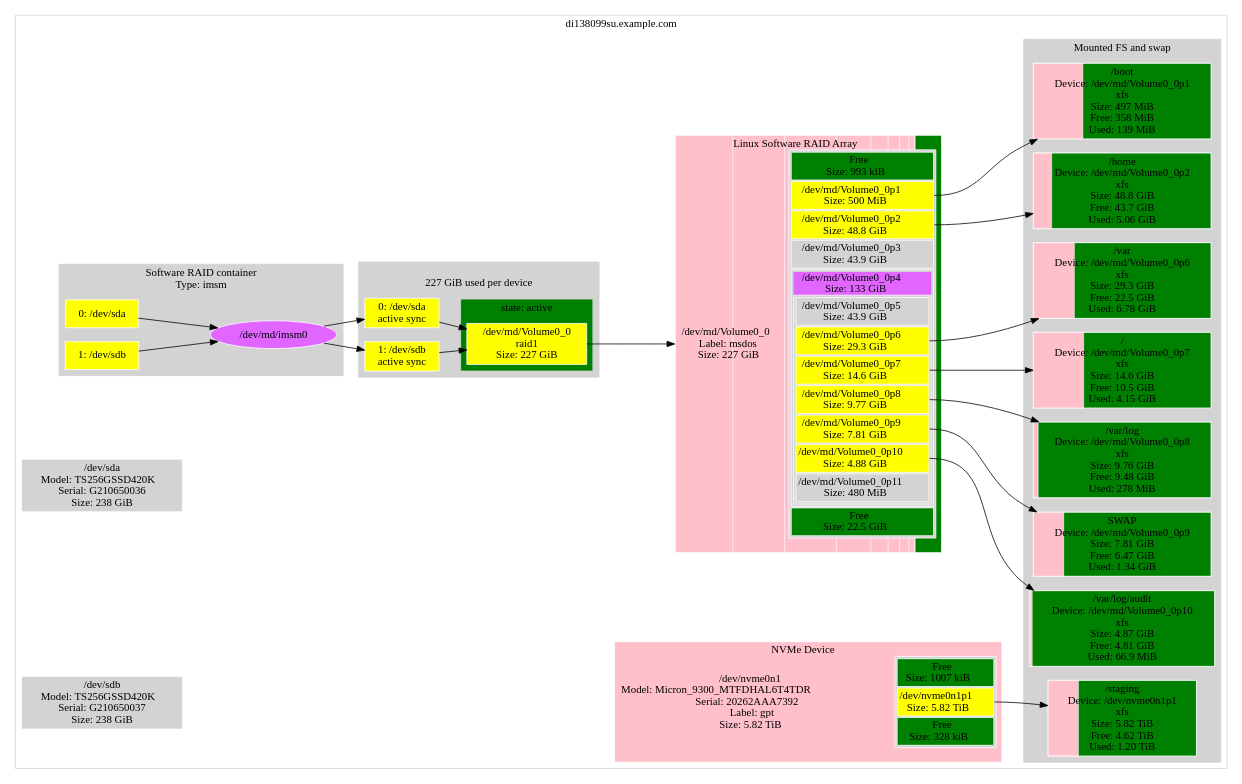
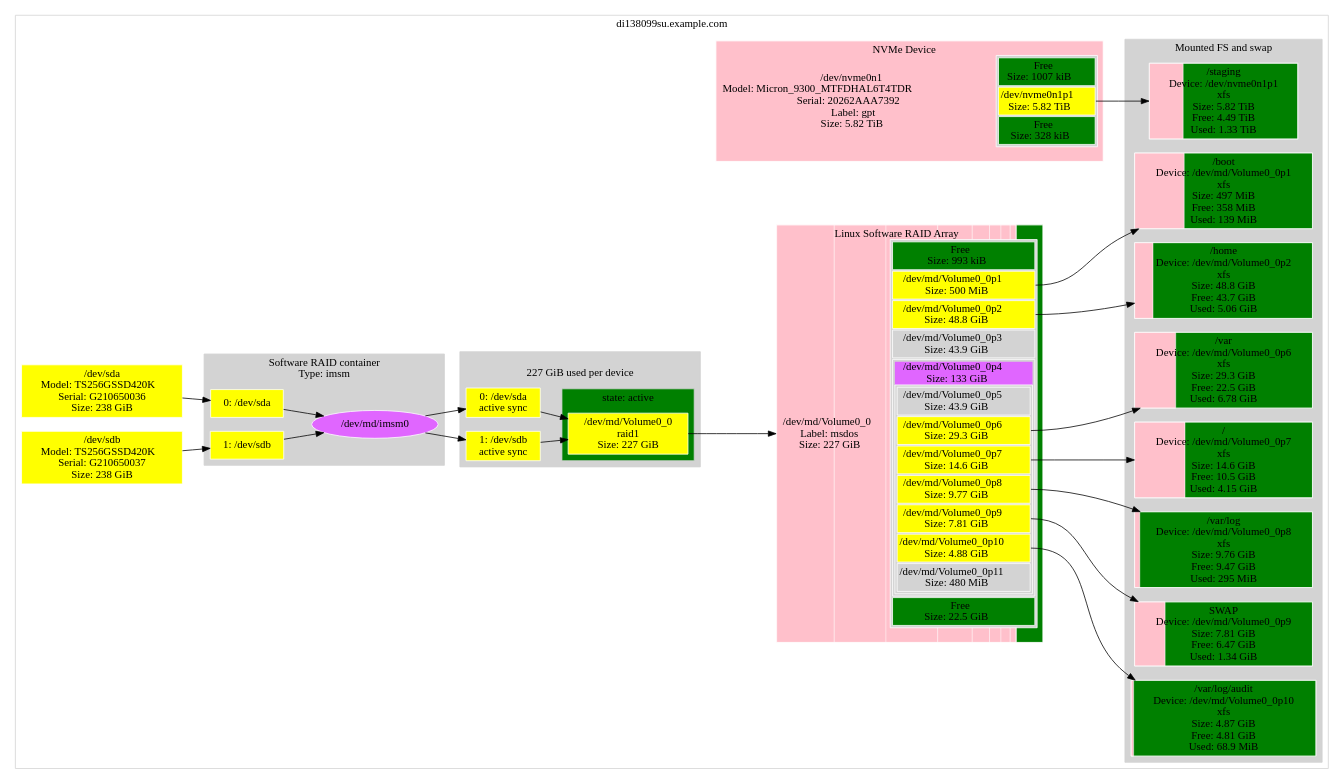
The diagram in distros/S/StorageDisplay/data/di138099su.ref.dot (metacpan/metacpan-cpan-extracted), drawn with Graphviz before and after one commit. The commit also changed 445 other files, not shown here.

```diff
--- a/distros/S/StorageDisplay/data/di138099su.ref.dot
+++ b/distros/S/StorageDisplay/data/di138099su.ref.dot
@@ -175,8 +175,8 @@
 					style=striped;fillcolor="pink;0.279154.2:green"
 				]; }
 				{ "machine@di138099su.example.com|FS|::FS@/var/log/audit" [
-					label="/var/log/audit\nDevice: /dev/md/Volume0_0p10\nxfs\nSize: 4.87 GiB\nFree: 4.81 GiB\nUsed: 66.9 MiB";
-					style=striped;fillcolor="pink;0.013411.2:green"
+					label="/var/log/audit\nDevice: /dev/md/Volume0_0p10\nxfs\nSize: 4.87 GiB\nFree: 4.81 GiB\nUsed: 68.9 MiB";
+					style=striped;fillcolor="pink;0.013799.2:green"
 				]; }
 				{ "machine@di138099su.example.com|FS|::FS@/home" [
 					label="/home\nDevice: /dev/md/Volume0_0p2\nxfs\nSize: 48.8 GiB\nFree: 43.7 GiB\nUsed: 5.06 GiB";
@@ -184,23 +184,23 @@
 				]; }
 				{ "machine@di138099su.example.com|FS|::FS@/var" [
 					label="/var\nDevice: /dev/md/Volume0_0p6\nxfs\nSize: 29.3 GiB\nFree: 22.5 GiB\nUsed: 6.78 GiB";
-					style=striped;fillcolor="pink;0.231451.2:green"
+					style=striped;fillcolor="pink;0.231463.2:green"
 				]; }
 				{ "machine@di138099su.example.com|FS|::FS@/" [
 					label="/\nDevice: /dev/md/Volume0_0p7\nxfs\nSize: 14.6 GiB\nFree: 10.5 GiB\nUsed: 4.15 GiB";
-					style=striped;fillcolor="pink;0.283654.2:green"
+					style=striped;fillcolor="pink;0.283629.2:green"
 				]; }
 				{ "machine@di138099su.example.com|FS|::FS@/var/log" [
-					label="/var/log\nDevice: /dev/md/Volume0_0p8\nxfs\nSize: 9.76 GiB\nFree: 9.48 GiB\nUsed: 278 MiB";
-					style=striped;fillcolor="pink;0.027839.2:green"
+					label="/var/log\nDevice: /dev/md/Volume0_0p8\nxfs\nSize: 9.76 GiB\nFree: 9.47 GiB\nUsed: 295 MiB";
+					style=striped;fillcolor="pink;0.029572.2:green"
 				]; }
 				{ "machine@di138099su.example.com|FS|::FS@/staging" [
-					label="/staging\nDevice: /dev/nvme0n1p1\nxfs\nSize: 5.82 TiB\nFree: 4.62 TiB\nUsed: 1.20 TiB";
-					style=striped;fillcolor="pink;0.205437.2:green"
+					label="/staging\nDevice: /dev/nvme0n1p1\nxfs\nSize: 5.82 TiB\nFree: 4.49 TiB\nUsed: 1.33 TiB";
+					style=striped;fillcolor="pink;0.228509.2:green"
 				]; }
 				{ "machine@di138099su.example.com|FS|::SWAP::Partition@md126p9" [
 					label="SWAP\nDevice: /dev/md/Volume0_0p9\nSize: 7.81 GiB\nFree: 6.47 GiB\nUsed: 1.34 GiB";
-					style=striped;fillcolor="pink;0.171563.2:green"
+					style=striped;fillcolor="pink;0.171781.2:green"
 				]; }
 				label="Mounted FS and swap";
 			}
@@ -213,13 +213,13 @@
 			}
 			{ "machine@di138099su.example.com|Partition::None@sda" [
 				label="/dev/sda\nModel: TS256GSSD420K   \nSerial: G210650036\nSize: 238 GiB";
-				fillcolor="lightgrey"
+				fillcolor="yellow"
 				style=filled
 				shape=rectangle
 			]; }
 			{ "machine@di138099su.example.com|Partition::None@sdb" [
 				label="/dev/sdb\nModel: TS256GSSD420K   \nSerial: G210650037\nSize: 238 GiB";
-				fillcolor="lightgrey"
+				fillcolor="yellow"
 				style=filled
 				shape=rectangle
 			]; }
@@ -264,9 +264,11 @@
 			// Links for MD: /dev/md/imsm0
 			// Links for RAID::ContainerDevice@md127
 			// Links for RAID::Device@sda
-			// TARGET LINK: di138099su.example.com 256060514304 sda "machine@di138099su.example.com|RAID::MD::Container@md127|RAID::Device@sda"
+			"machine@di138099su.example.com|Partition::None@sda" -> "machine@di138099su.example.com|RAID::MD::Container@md127|RAID::Device@sda"
+			// Links for RAID::Device@sda
 			// Links for RAID::Device@sdb
-			// TARGET LINK: di138099su.example.com 256060514304 sdb "machine@di138099su.example.com|RAID::MD::Container@md127|RAID::Device@sdb"
+			"machine@di138099su.example.com|Partition::None@sdb" -> "machine@di138099su.example.com|RAID::MD::Container@md127|RAID::Device@sdb"
+			// Links for RAID::Device@sdb
 			// Links for FS
 			// Links for FS::FS@/boot
 			"machine@di138099su.example.com|Partition::MSDOS@md126":"1" -> "machine@di138099su.example.com|FS|::FS@/boot"
```
